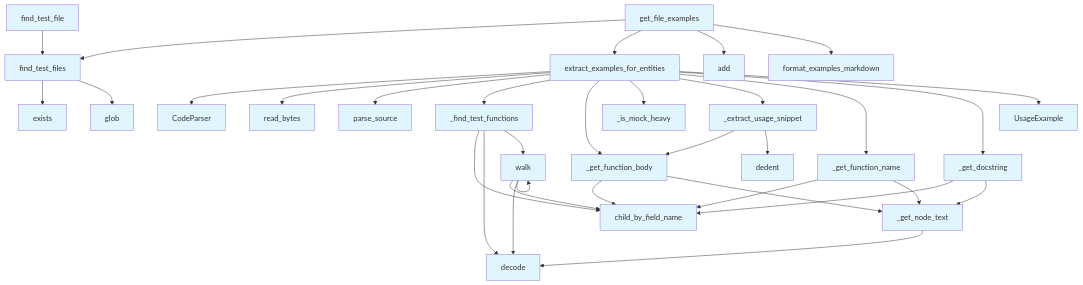
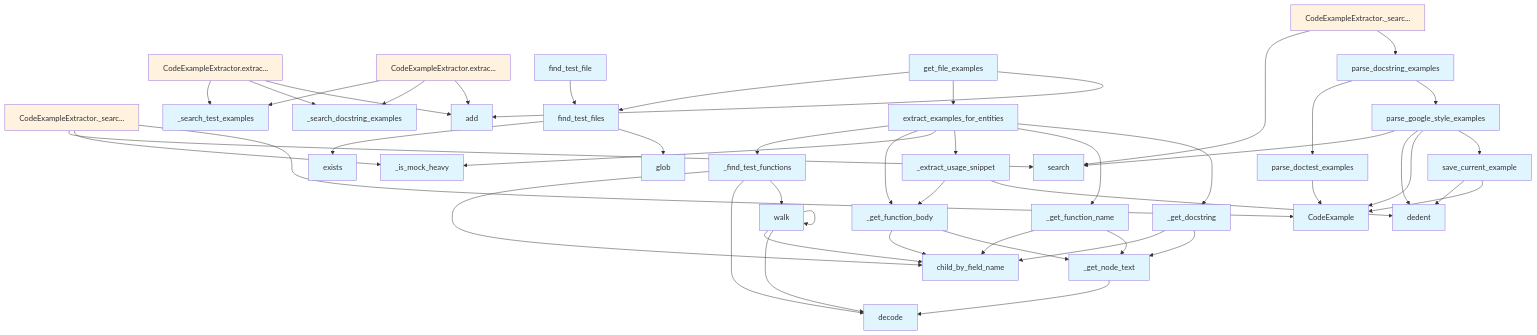
One commit to UrbanDiver/local-deepwiki-mcp changed the second of 2 diagrams in .deepwiki/files/src/local_deepwiki/generators/test_examples.md. Above: the diagram before and after it, drawn with Mermaid. The commit also changed other lines of this file and 65 other files, not shown here.

````diff
--- a/.deepwiki/files/src/local_deepwiki/generators/test_examples.md
+++ b/.deepwiki/files/src/local_deepwiki/generators/test_examples.md
@@ -568,60 +1341,84 @@
 ```mermaid
 flowchart TD
-    N0[CodeParser]
-    N1[UsageExample]
-    N2[_extract_usage_snippet]
-    N3[_find_test_functions]
-    N4[_get_docstring]
-    N5[_get_function_body]
-    N6[_get_function_name]
-    N7[_get_node_text]
-    N8[_is_mock_heavy]
-    N9[add]
-    N10[child_by_field_name]
-    N11[decode]
-    N12[dedent]
-    N13[exists]
-    N14[extract_examples_for_entities]
-    N15[find_test_file]
-    N16[find_test_files]
-    N17[format_examples_markdown]
-    N18[get_file_examples]
-    N19[glob]
-    N20[parse_source]
-    N21[read_bytes]
-    N22[walk]
-    N16 --> N13
-    N16 --> N19
-    N15 --> N16
-    N7 --> N11
-    N3 --> N10
-    N3 --> N11
-    N3 --> N22
-    N22 --> N10
-    N22 --> N11
-    N22 --> N22
-    N6 --> N10
-    N6 --> N7
-    N4 --> N10
-    N4 --> N7
-    N5 --> N10
-    N5 --> N7
-    N2 --> N5
-    N2 --> N12
-    N14 --> N0
-    N14 --> N21
-    N14 --> N20
-    N14 --> N3
-    N14 --> N5
-    N14 --> N8
-    N14 --> N2
-    N14 --> N6
-    N14 --> N4
-    N14 --> N1
-    N18 --> N16
-    N18 --> N14
-    N18 --> N9
-    N18 --> N17
+    N0[CodeExample]
+    N1[CodeExampleExtractor._searc...]
+    N2[CodeExampleExtractor._searc...]
+    N3[CodeExampleExtractor.extrac...]
+    N4[CodeExampleExtractor.extrac...]
+    N5[_extract_usage_snippet]
+    N6[_find_test_functions]
+    N7[_get_docstring]
+    N8[_get_function_body]
+    N9[_get_function_name]
+    N10[_get_node_text]
+    N11[_is_mock_heavy]
+    N12[_search_docstring_examples]
+    N13[_search_test_examples]
+    N14[add]
+    N15[child_by_field_name]
+    N16[decode]
+    N17[dedent]
+    N18[exists]
+    N19[extract_examples_for_entities]
+    N20[find_test_file]
+    N21[find_test_files]
+    N22[get_file_examples]
+    N23[glob]
+    N24[parse_docstring_examples]
+    N25[parse_doctest_examples]
+    N26[parse_google_style_examples]
+    N27[save_current_example]
+    N28[search]
+    N29[walk]
+    N21 --> N18
+    N21 --> N23
+    N20 --> N21
+    N10 --> N16
+    N6 --> N15
+    N6 --> N16
+    N6 --> N29
+    N29 --> N15
+    N29 --> N16
+    N29 --> N29
+    N9 --> N15
+    N9 --> N10
+    N7 --> N15
+    N7 --> N10
+    N8 --> N15
+    N8 --> N10
+    N5 --> N8
+    N5 --> N17
+    N19 --> N6
+    N19 --> N8
+    N19 --> N11
+    N19 --> N5
+    N19 --> N9
+    N19 --> N7
+    N22 --> N21
+    N22 --> N19
+    N22 --> N14
+    N25 --> N0
+    N26 --> N28
+    N26 --> N17
+    N26 --> N0
+    N26 --> N27
+    N27 --> N17
+    N27 --> N0
+    N24 --> N25
+    N24 --> N26
+    N4 --> N13
+    N4 --> N12
+    N4 --> N14
+    N3 --> N13
+    N3 --> N12
+    N3 --> N14
+    N2 --> N28
+    N2 --> N11
+    N2 --> N0
+    N1 --> N28
+    N1 --> N24
     classDef func fill:#e1f5fe
-    class N0,N1,N2,N3,N4,N5,N6,N7,N8,N9,N10,N11,N12,N13,N14,N15,N16,N17,N18,N19,N20,N21,N22 func
+    class N0,N5,N6,N7,N8,N9,N10,N11,N12,N13,N14,N15,N16,N17,N18,N19,N20,N21,N22,N23,N24,N25,N26,N27,N28,N29 func
+    classDef method fill:#fff3e0
+    class N1,N2,N3,N4 method
 ```
````
